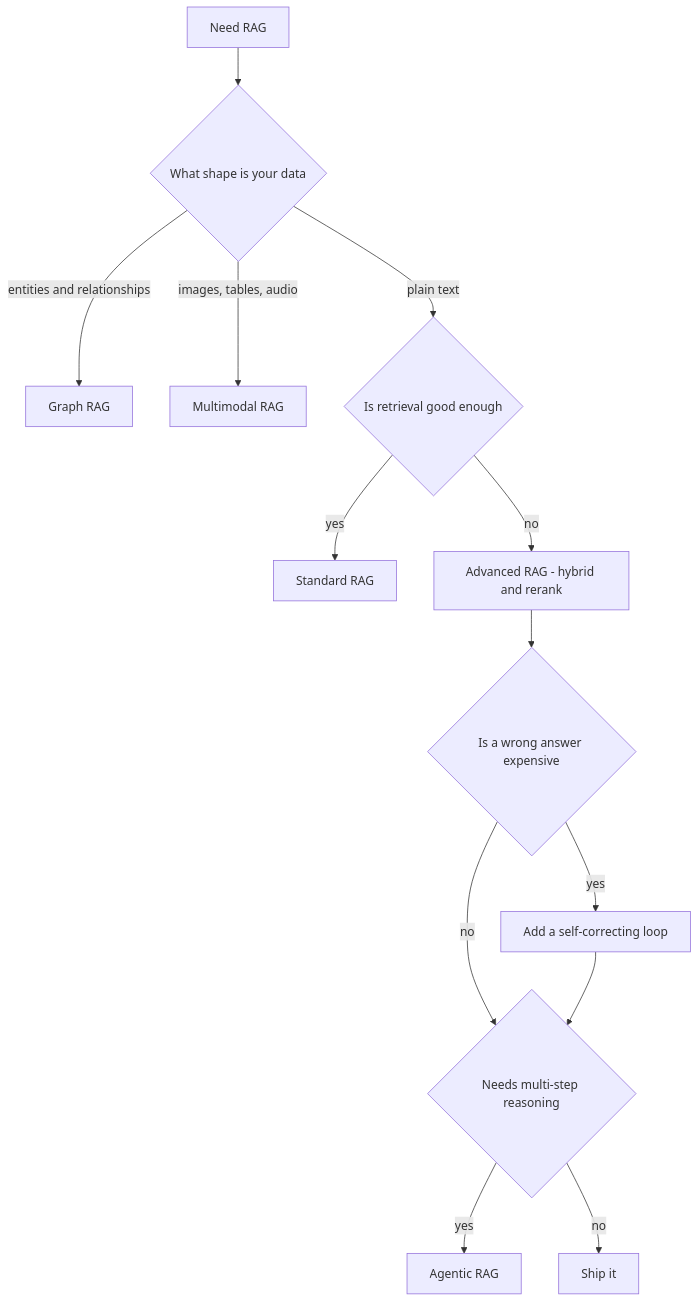
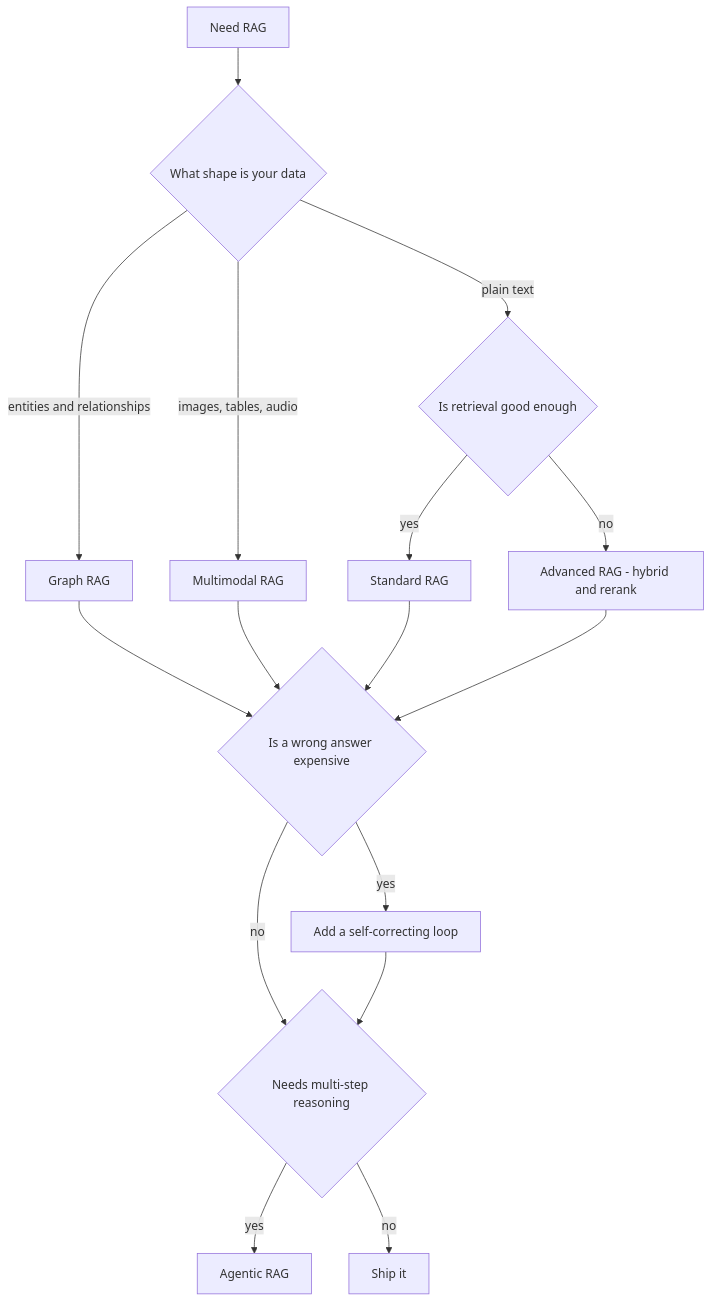
One commit to namphuongtran/ai-vault changed the diagram in content/en/deep-dives/types-of-rag/_index.md. Above: the diagram before and after it, drawn with Mermaid. The commit also changed other lines of this file and 7 other files, not shown here.

````diff
--- a/content/en/deep-dives/types-of-rag/_index.md
+++ b/content/en/deep-dives/types-of-rag/_index.md
@@ -74,15 +82,18 @@
 ```mermaid
 flowchart TD
     Start[Need RAG] --> Shape{What shape is your data}
     Shape -->|entities and relationships| Graph[Graph RAG]
     Shape -->|images, tables, audio| MM[Multimodal RAG]
     Shape -->|plain text| R{Is retrieval good enough}
     R -->|yes| Naive[Standard RAG]
     R -->|no| Adv[Advanced RAG - hybrid and rerank]
-    Adv --> Cost{Is a wrong answer expensive}
+    Graph --> Cost{Is a wrong answer expensive}
+    MM --> Cost
+    Naive --> Cost
+    Adv --> Cost
     Cost -->|yes| SC[Add a self-correcting loop]
     Cost -->|no| Multi{Needs multi-step reasoning}
     SC --> Multi
     Multi -->|yes| Agentic[Agentic RAG]
     Multi -->|no| Ship[Ship it]
 ```
````
